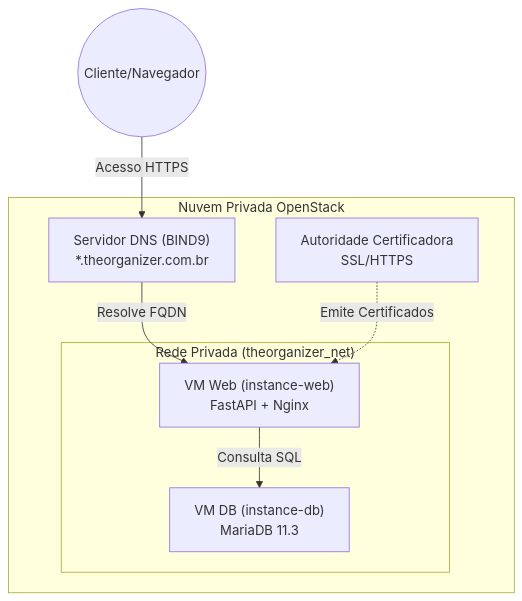
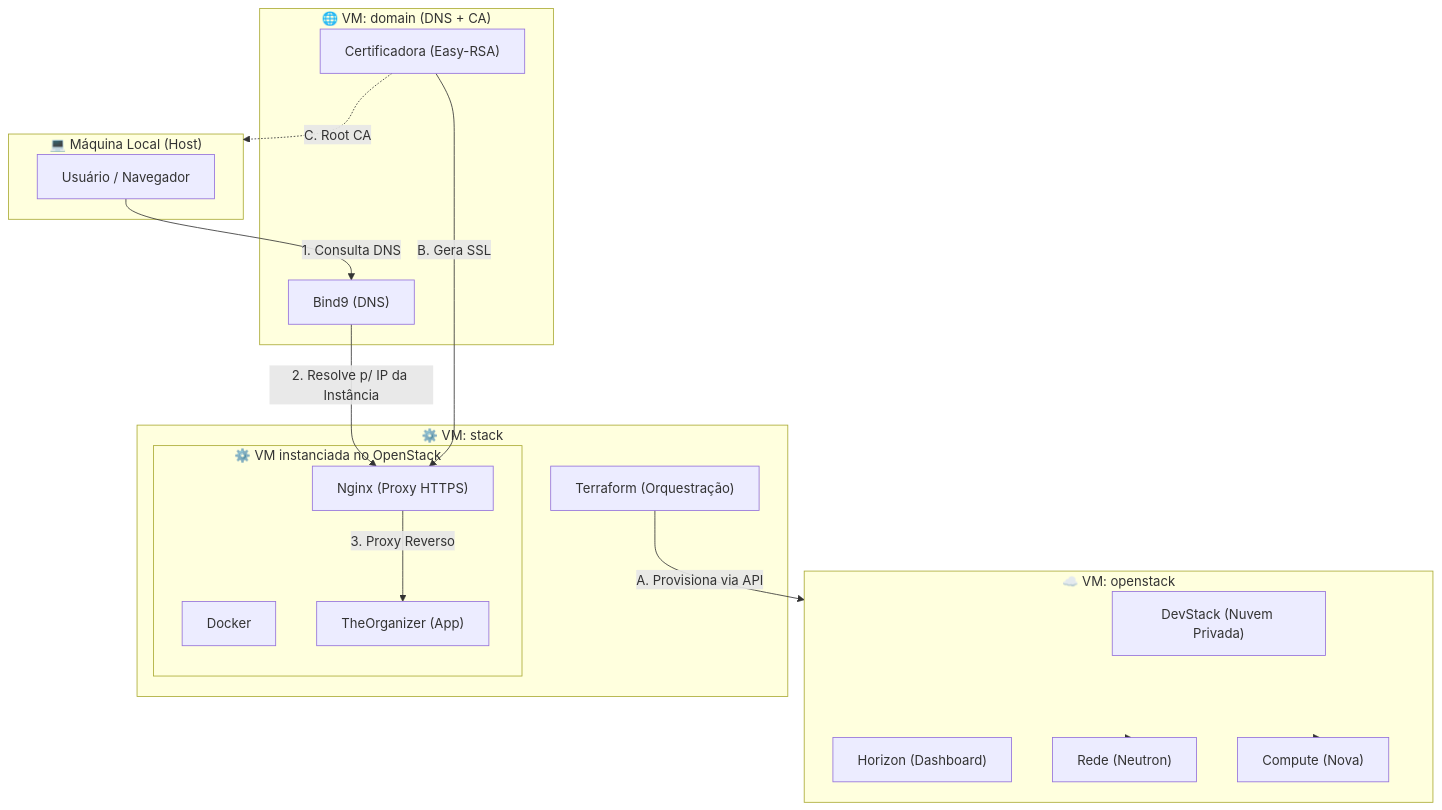
Before and after one commit to milenahamerski/theorganizer: the diagram in ROTEIRO_APRESENTACAO.md, drawn with Mermaid. The commit also changed other lines of this file, not shown here.

Commit message:
Roteiro finalizado com diagrama de arquitetura detalhado (Terraform/OpenStack/DNS/CA)

````diff
--- a/ROTEIRO_APRESENTACAO.md
+++ b/ROTEIRO_APRESENTACAO.md
@@ -9,17 +9,43 @@
 ```mermaid
-graph TD
-    subgraph "Nuvem Privada OpenStack"
-        subgraph "Rede Privada (theorganizer_net)"
-            VM_WEB["VM Web (instance-web)<br/>FastAPI + Nginx"]
-            VM_DB["VM DB (instance-db)<br/>MariaDB 11.3"]
+flowchart TD
+
+    subgraph LOCAL["💻 Máquina Local (Host)"]
+        USER["Usuário / Navegador"]
+    end
+
+    subgraph DOMAIN["🌐 VM: domain (DNS + CA)"]
+        DNS["Bind9 (DNS)"]
+        CA["Certificadora (Easy-RSA)"]
+    end
+
+    subgraph OPENSTACK["☁️ VM: openstack"]
+        DEVSTACK["DevStack (Nuvem Privada)"]
+        HORIZON["Horizon (Dashboard)"]
+        NETWORK["Rede (Neutron)"]
+        COMPUTE["Compute (Nova)"]
+    end
+
+    subgraph STACK["⚙️ VM: stack"]
+        TERRAFORM["Terraform (Orquestração)"]
+        
+        subgraph INSTANCIA_WEB["⚙️ VM instanciada no OpenStack"]
+            NGINX["Nginx (Proxy HTTPS)"]
+            DOCKER["Docker"]
+            FASTAPI["TheOrganizer (App)"]
         end
-        
-        DNS["Servidor DNS (BIND9)<br/>*.theorganizer.com.br"]
-        CA["Autoridade Certificadora<br/>SSL/HTTPS"]
     end
-    
-    User((Cliente/Navegador)) -->|Acesso HTTPS| DNS
-    DNS -->|Resolve FQDN| VM_WEB
-    VM_WEB -->|Consulta SQL| VM_DB
-    CA -.->|Emite Certificados| VM_WEB
+
+    %% Fluxos de Acesso
+    USER -->|1. Consulta DNS| DNS
+    DNS -->|2. Resolve p/ IP da Instância| NGINX
+    NGINX -->|3. Proxy Reverso| FASTAPI
+
+    %% Fluxo de Provisionamento
+    TERRAFORM -->|A. Provisiona via API| OPENSTACK
+    OPENSTACK --> NETWORK
+    OPENSTACK --> COMPUTE
+
+    %% Segurança
+    CA -->|B. Gera SSL| NGINX
+    CA -.->|C. Root CA| LOCAL
 ```
````
